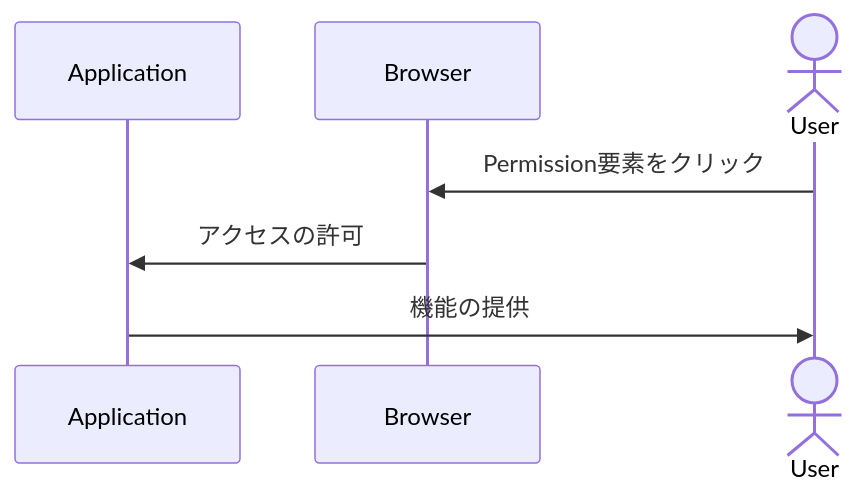
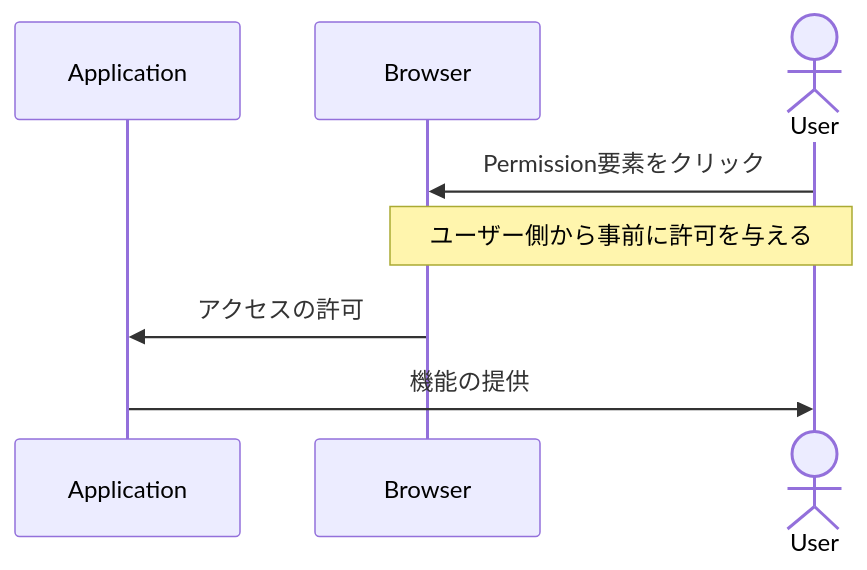
The second of 2 diagrams in pepc/slides.md (ken7253/slide), drawn with Mermaid before and after one commit.

Commit message:
分かりづらい部分をテキストで補足

````diff
--- a/pepc/slides.md
+++ b/pepc/slides.md
@@ -73,9 +73,10 @@
 ```mermaid
 sequenceDiagram
     participant Application
     participant Browser
     Actor User
     User->>Browser: Permission要素をクリック
+    Note over User,Browser: ユーザー側から事前に許可を与える
     Browser->>Application: アクセスの許可
     Application->>User: 機能の提供
 ```
````
